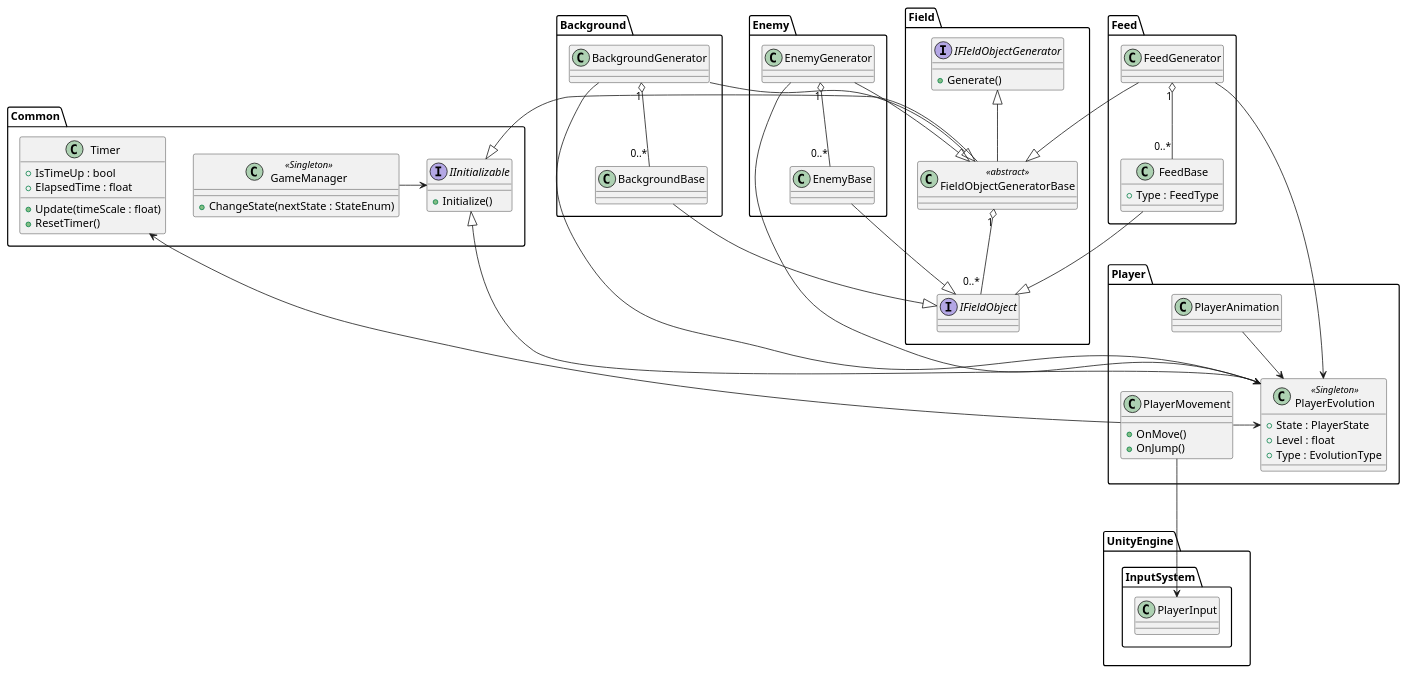
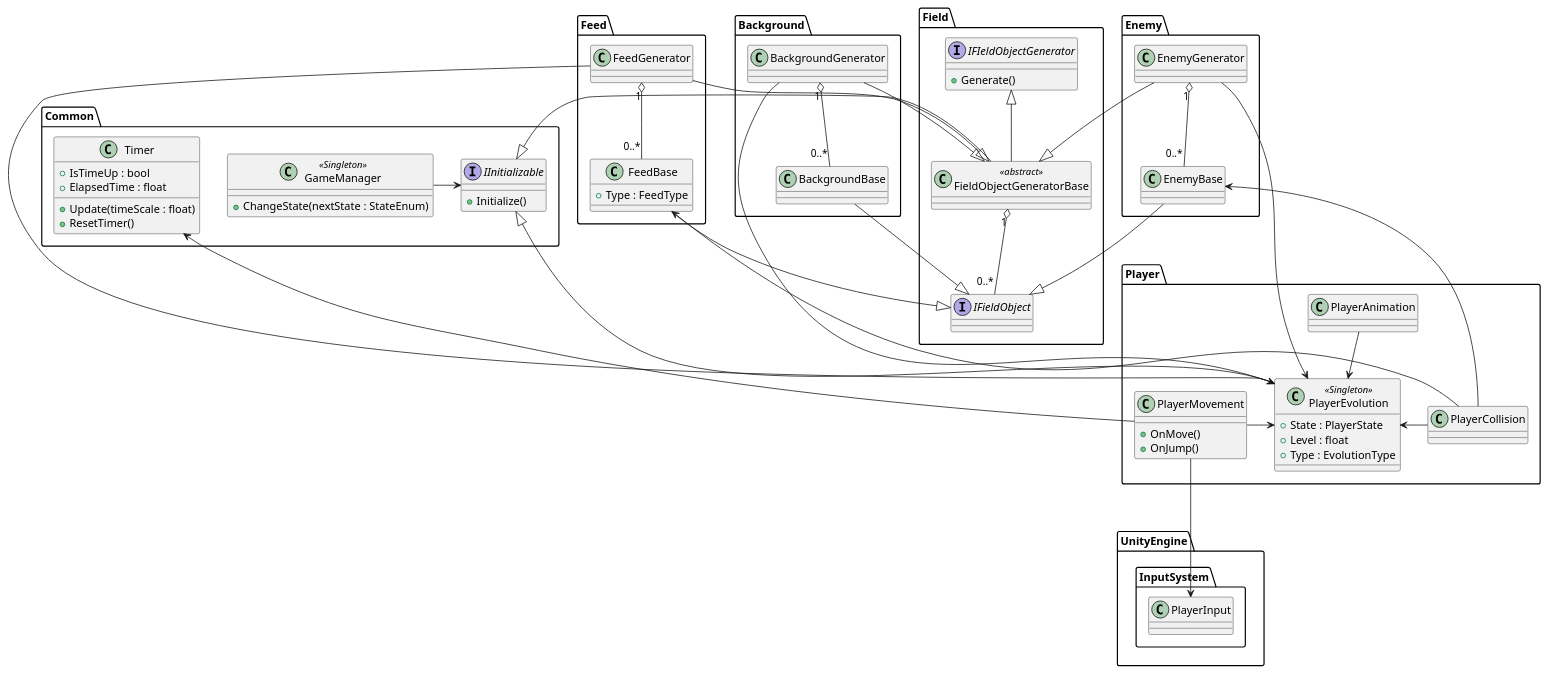
The diagram in UML/Game.pu (Donguri-AcornSloth/GGJTUT23Team4), drawn with PlantUML before and after one commit.

Commit message:
PlayerCollisionクラス（餌とる、敵触れる等）が必要だったので追加。

```diff
--- a/UML/Game.pu
+++ b/UML/Game.pu
@@ -1,108 +1,116 @@
 @startuml Game
 
 ' InputSystem
 package UnityEngine.InputSystem {
     class PlayerInput
 }
 
 ' ゲーム共通
 package Common {
     class GameManager <<Singleton>> {
         + ChangeState(nextState : StateEnum)
     }
 
     interface IInitializable {
         + Initialize()
     }
 
     GameManager -> IInitializable
 
     class Timer {
         + IsTimeUp : bool
         + ElapsedTime : float
 
         + Update(timeScale : float)
         + ResetTimer()
     }
 }
 ' プレイヤー
 package Player {
     class PlayerEvolution <<Singleton>> {
         + State : PlayerState
         + Level : float
         + Type : EvolutionType
     }
     IInitializable <|--- PlayerEvolution
 
     class PlayerMovement {
         + OnMove()
         + OnJump()
     }
 
     PlayerMovement -> PlayerEvolution
     PlayerMovement ---> PlayerInput
     PlayerMovement ---> Timer
 
     class PlayerAnimation {
     }
 
     PlayerAnimation --> PlayerEvolution
+
+    class PlayerCollision {
+    }
+
+    PlayerCollision -> PlayerEvolution
 }
 
 ' フィールド共通
 package Field {
     interface IFieldObject {
     }
     interface IFIeldObjectGenerator {
         + Generate()
     }
 
     class FieldObjectGeneratorBase <<abstract>> {
     }
     IFIeldObjectGenerator <|-- FieldObjectGeneratorBase
     IInitializable <|--- FieldObjectGeneratorBase
 
     FieldObjectGeneratorBase "1" o-- "0..*" IFieldObject
 }
 
 ' 敵
 package Enemy {
     class EnemyBase {
     }
     EnemyBase --|> IFieldObject
 
     class EnemyGenerator {
     }
     FieldObjectGeneratorBase <|--- EnemyGenerator
     EnemyGenerator "1" o-- "0..*" EnemyBase
     EnemyGenerator ----> PlayerEvolution
 }
 
 ' 餌
 package Feed {
     class FeedBase {
         + Type : FeedType
     }
     FeedBase --|> IFieldObject
 
     class FeedGenerator {
     }
     FieldObjectGeneratorBase <|--- FeedGenerator
     FeedGenerator "1" o-- "0..*" FeedBase
     FeedGenerator ----> PlayerEvolution
 }
 
 ' 背景・その他飾り
 package Background {
     class BackgroundBase {
     }
     BackgroundBase --|> IFieldObject
 
     class BackgroundGenerator {
     }
     FieldObjectGeneratorBase <|--- BackgroundGenerator
     BackgroundGenerator "1" o-- "0..*" BackgroundBase
     BackgroundGenerator ----> PlayerEvolution
 }
 
+FeedBase <-- PlayerCollision
+EnemyBase <-- PlayerCollision
+
 @enduml
```
